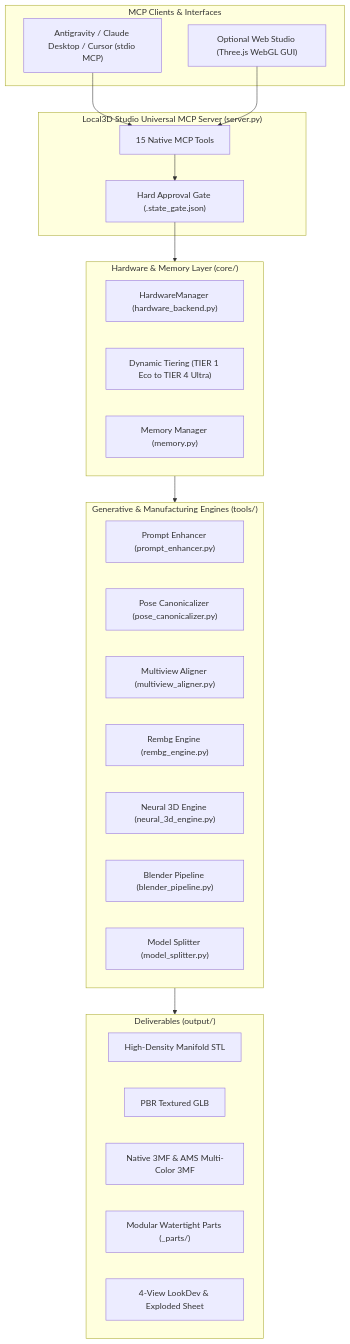
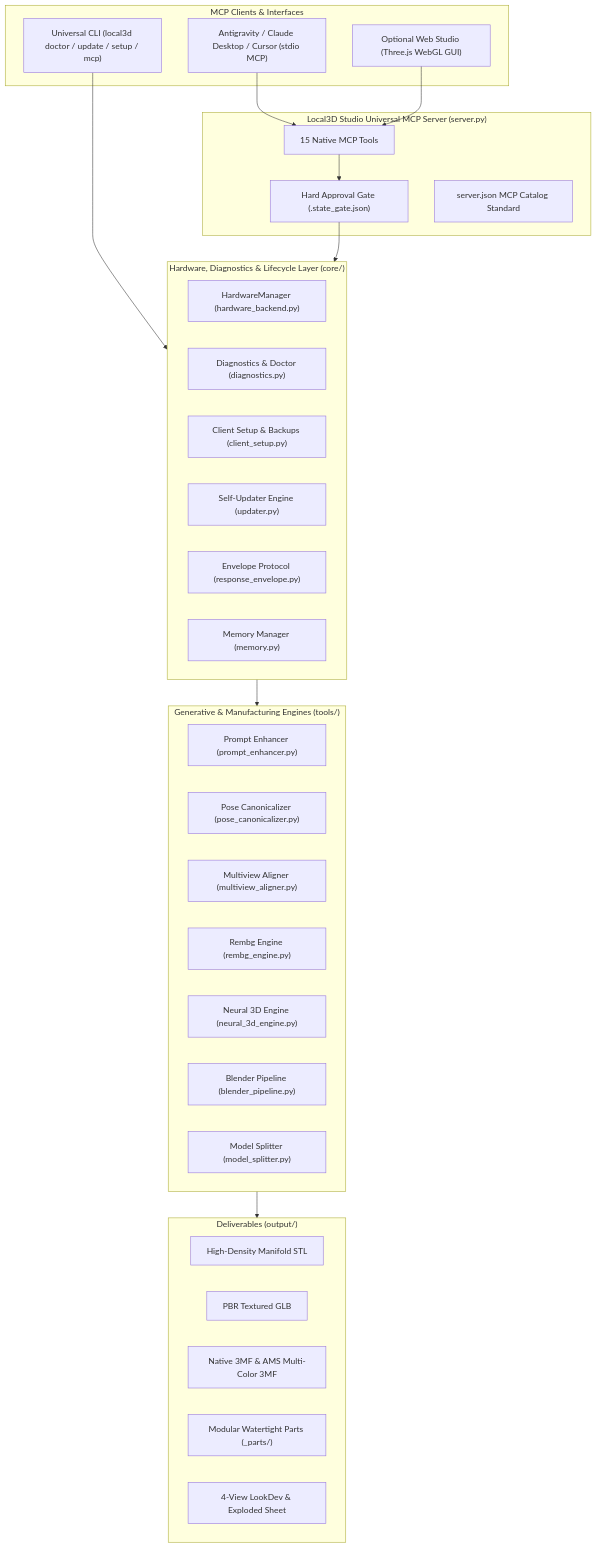
One commit to Jaco2308/Local3D_Studio changed the diagram in docs/ARCHITECTURE.md. Above: the diagram before and after it, drawn with Mermaid. The commit also changed other lines of this file and 3 other files, not shown here.

Commit message:
docs: update documentation for universal local3d CLI, doctor diagnostics, automated updater and MCP catalog

````diff
--- a/docs/ARCHITECTURE.md
+++ b/docs/ARCHITECTURE.md
@@ -9,43 +9,49 @@
 ```mermaid
 flowchart TD
     subgraph Client ["MCP Clients & Interfaces"]
         AGY["Antigravity / Claude Desktop / Cursor (stdio MCP)"]
+        CLI["Universal CLI (local3d doctor / update / setup / mcp)"]
         WEB["Optional Web Studio (Three.js WebGL GUI)"]
     end
 
     subgraph MCP ["Local3D Studio Universal MCP Server (server.py)"]
         Router["15 Native MCP Tools"]
         Gate["Hard Approval Gate (.state_gate.json)"]
+        Schema["server.json MCP Catalog Standard"]
     end
 
-    subgraph Core ["Hardware & Memory Layer (core/)"]
+    subgraph Core ["Hardware, Diagnostics & Lifecycle Layer (core/)"]
         HWM["HardwareManager (hardware_backend.py)"]
-        Tier["Dynamic Tiering (TIER 1 Eco to TIER 4 Ultra)"]
+        Diag["Diagnostics & Doctor (diagnostics.py)"]
+        Setup["Client Setup & Backups (client_setup.py)"]
+        Upd["Self-Updater Engine (updater.py)"]
+        Env["Envelope Protocol (response_envelope.py)"]
         Mem["Memory Manager (memory.py)"]
     end
 
     subgraph Tools ["Generative & Manufacturing Engines (tools/)"]
         PE["Prompt Enhancer (prompt_enhancer.py)"]
         PC["Pose Canonicalizer (pose_canonicalizer.py)"]
         MVA["Multiview Aligner (multiview_aligner.py)"]
         RBG["Rembg Engine (rembg_engine.py)"]
         N3D["Neural 3D Engine (neural_3d_engine.py)"]
         BP["Blender Pipeline (blender_pipeline.py)"]
         MS["Model Splitter (model_splitter.py)"]
     end
 
     subgraph Output ["Deliverables (output/)"]
         STL["High-Density Manifold STL"]
         GLB["PBR Textured GLB"]
         TMF["Native 3MF & AMS Multi-Color 3MF"]
         PRT["Modular Watertight Parts (_parts/)"]
         LKD["4-View LookDev & Exploded Sheet"]
     end
 
+    CLI --> Core
     AGY --> Router
     WEB --> Router
     Router --> Gate
     Gate --> Core
     Core --> Tools
     Tools --> Output
 ```
````
